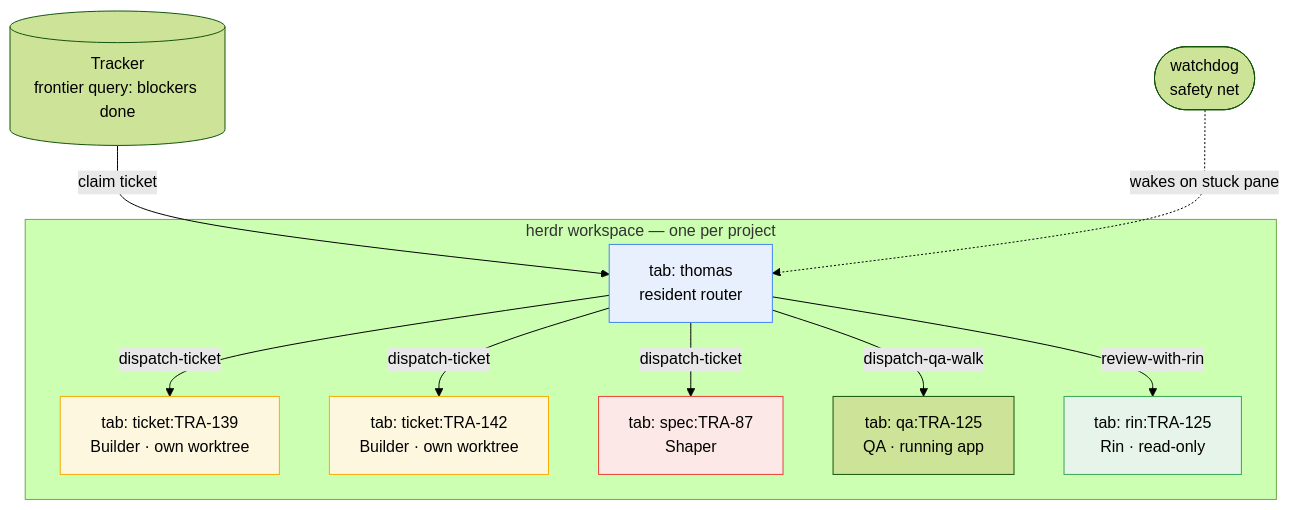
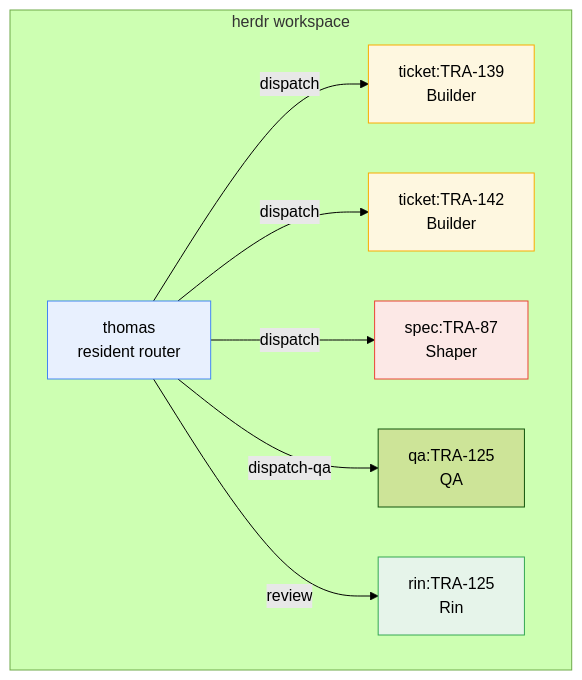
Before and after one commit to thientranhung/astragentic: the second of 3 diagrams in README.md, drawn with Mermaid (forest theme). The commit also changed other lines of this file and 1 other file, not shown here.

````diff
--- a/README.md
+++ b/README.md
@@ -153,27 +122,23 @@
 ```mermaid
 flowchart TB
-    Tracker[("Tracker\nfrontier query: blockers done")]
-
-    subgraph WS["herdr workspace — one per project"]
-        T["tab: thomas\nresident router"]
-        T1["tab: ticket:TRA-139\nBuilder · own worktree"]
-        T2["tab: ticket:TRA-142\nBuilder · own worktree"]
-        T3["tab: spec:TRA-87\nShaper"]
-        T4["tab: qa:TRA-125\nQA · running app"]
-        T5["tab: rin:TRA-125\nRin · read-only"]
+    subgraph WS["herdr workspace"]
+        T["thomas\nresident router"]
+        T1["ticket:TRA-139\nBuilder"]
+        T2["ticket:TRA-142\nBuilder"]
+        T3["spec:TRA-87\nShaper"]
+        T4["qa:TRA-125\nQA"]
+        T5["rin:TRA-125\nRin"]
     end
 
-    Tracker -->|claim ticket| T
-    T -->|dispatch-ticket| T1
-    T -->|dispatch-ticket| T2
-    T -->|dispatch-ticket| T3
-    T -->|dispatch-qa-walk| T4
-    T -->|review-with-rin| T5
-    Watchdog(["watchdog\nsafety net"]) -.->|wakes on stuck pane| T
+    T -->|dispatch| T1
+    T -->|dispatch| T2
+    T -->|dispatch| T3
+    T -->|dispatch-qa| T4
+    T -->|review| T5
 
     style T fill:#e8f0fe,stroke:#4285f4
     style T1 fill:#fef7e0,stroke:#f9ab00
     style T2 fill:#fef7e0,stroke:#f9ab00
     style T3 fill:#fce8e6,stroke:#ea4335
     style T5 fill:#e6f4ea,stroke:#34a853
 ```
````
